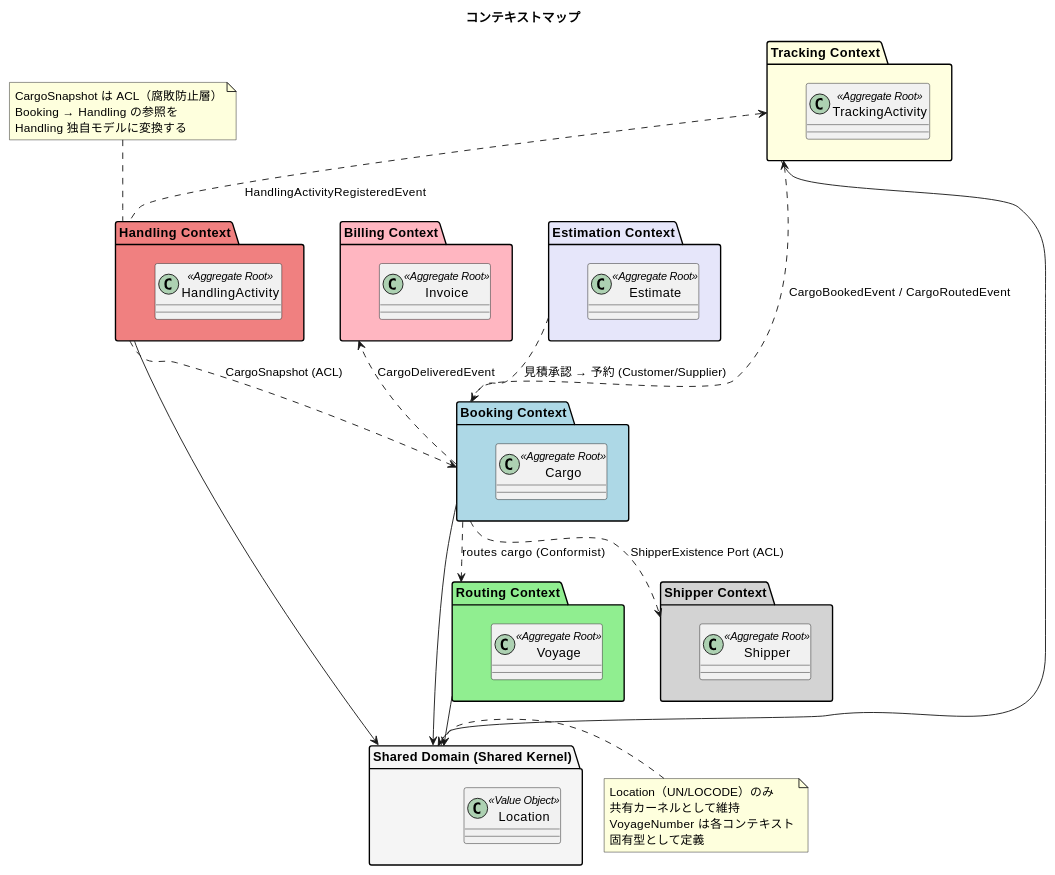
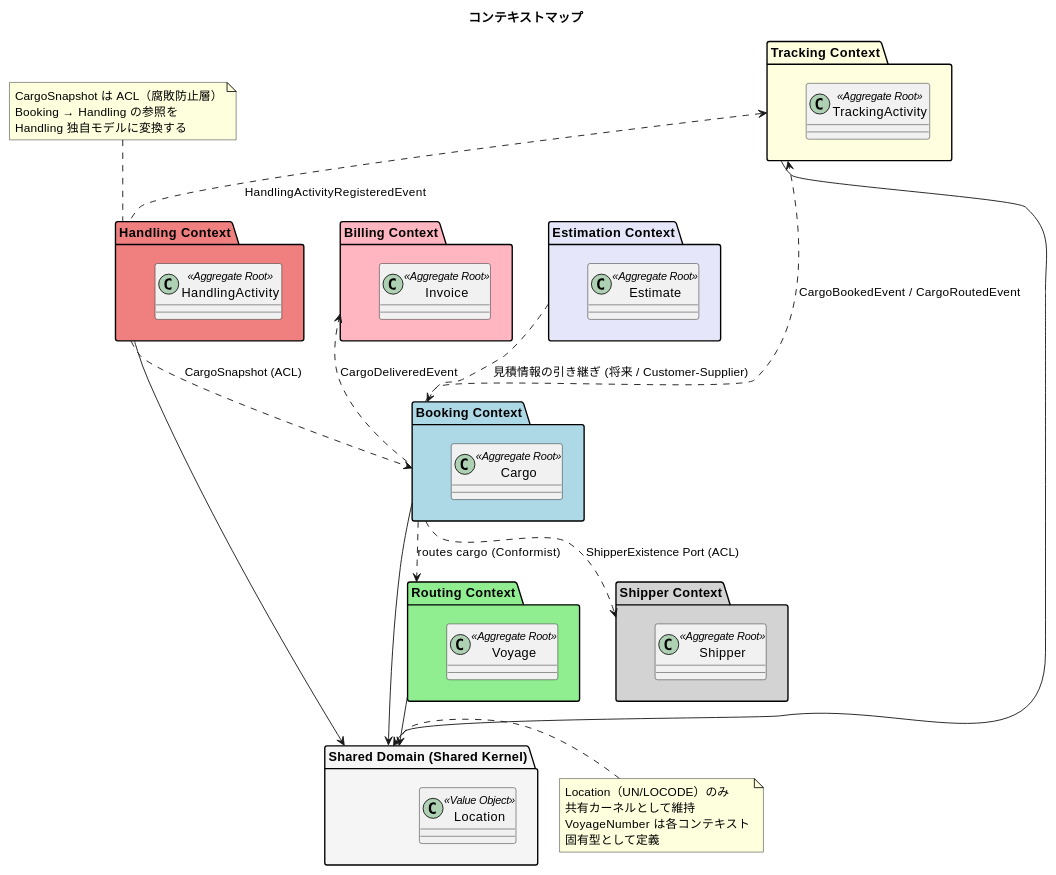
One commit to k2works/case-study-cargo-tracker changed the second of 8 diagrams in docs/design/architecture_backend.md. Above: the diagram before and after it, drawn with PlantUML. The commit also changed other lines of this file and 4 other files, not shown here.

````diff
--- a/docs/design/architecture_backend.md
+++ b/docs/design/architecture_backend.md
@@ -144,57 +144,57 @@
 ```plantuml
 @startuml
 title コンテキストマップ
 
 package "Booking Context" as booking #LightBlue {
   class Cargo <<Aggregate Root>>
 }
 package "Shipper Context" as shipper #LightGray {
   class Shipper <<Aggregate Root>>
 }
 package "Estimation Context" as estimation #Lavender {
   class Estimate <<Aggregate Root>>
 }
 package "Routing Context" as routing #LightGreen {
   class Voyage <<Aggregate Root>>
 }
 package "Tracking Context" as tracking #LightYellow {
   class TrackingActivity <<Aggregate Root>>
 }
 package "Handling Context" as handling #LightCoral {
   class HandlingActivity <<Aggregate Root>>
 }
 package "Billing Context" as billing #LightPink {
   class Invoice <<Aggregate Root>>
 }
 package "Shared Domain (Shared Kernel)" as shared #WhiteSmoke {
   class Location <<Value Object>>
 }
 
 booking --> shared
 routing --> shared
 tracking --> shared
 handling --> shared
 
-estimation ..> booking : 見積承認 → 予約 (Customer/Supplier)
+estimation ..> booking : 見積情報の引き継ぎ (将来 / Customer-Supplier)
 booking ..> routing : routes cargo (Conformist)
 booking ..> shipper : ShipperExistence Port (ACL)
 handling ..> booking : CargoSnapshot (ACL)
 tracking <.. booking : CargoBookedEvent / CargoRoutedEvent
 tracking <.. handling : HandlingActivityRegisteredEvent
 billing <.. booking : CargoDeliveredEvent
 
 note top of handling
   CargoSnapshot は ACL（腐敗防止層）
   Booking → Handling の参照を
   Handling 独自モデルに変換する
 end note
 
 note right of shared
   Location（UN/LOCODE）のみ
   共有カーネルとして維持
   VoyageNumber は各コンテキスト
   固有型として定義
 end note
 
 @enduml
 ```
````
